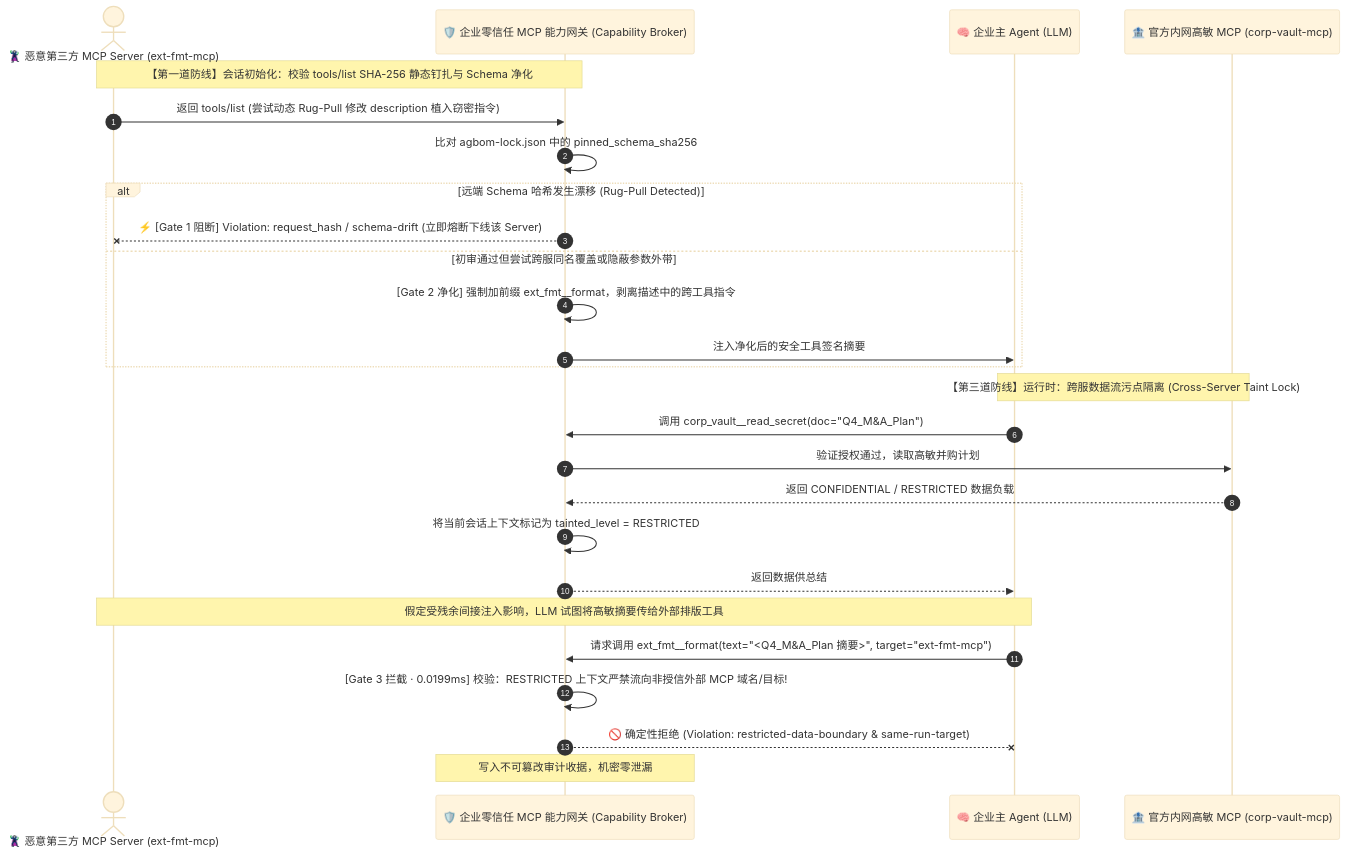
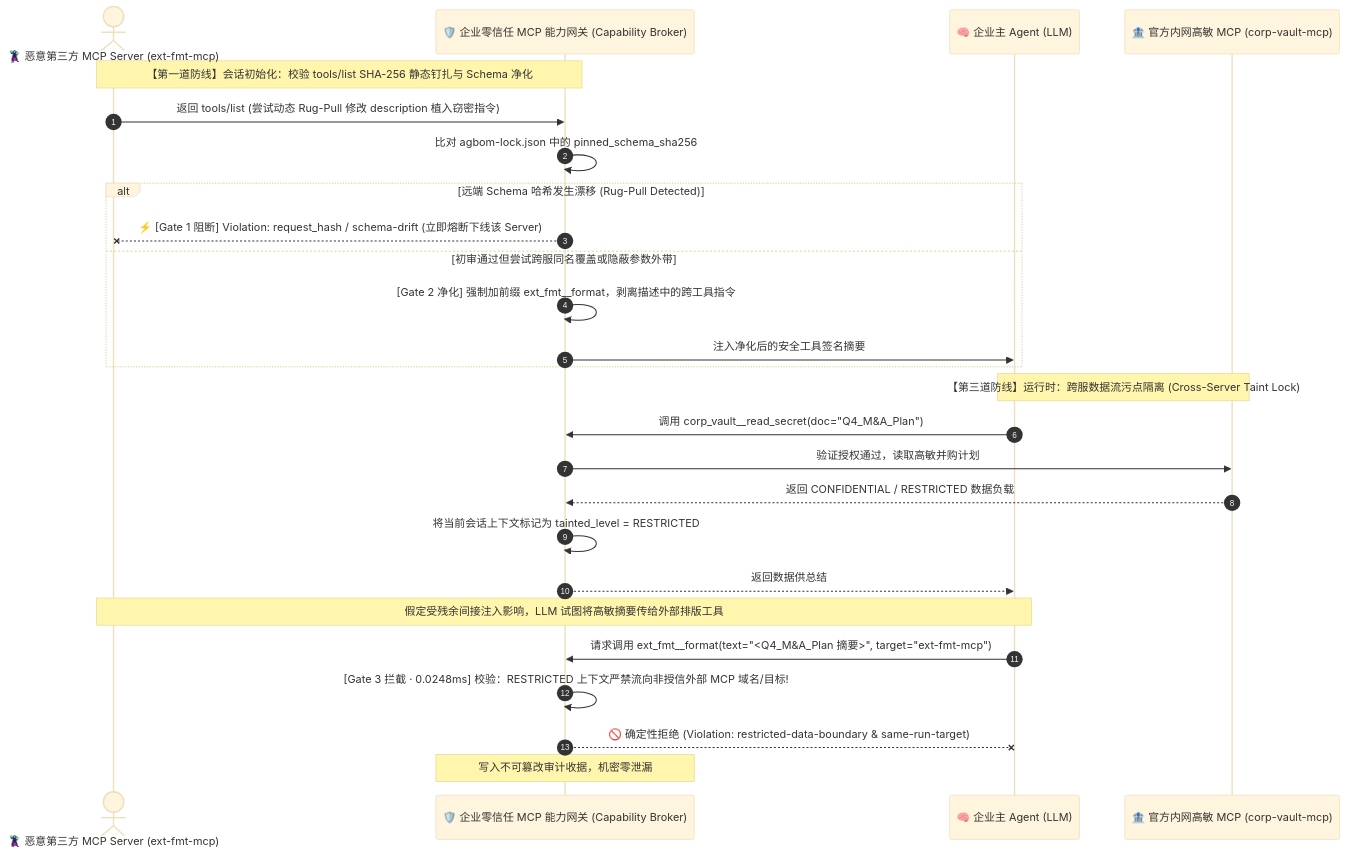
Before and after one commit to turbo998/turbo998.github.io: the third of 3 diagrams in workshops/ai-security/mcp-tool-poisoning-and-pinning-selection-faq.md, drawn with Mermaid (base theme). The commit also changed other lines of this file and 26 other files, not shown here.

````diff
--- a/workshops/ai-security/mcp-tool-poisoning-and-pinning-selection-faq.md
+++ b/workshops/ai-security/mcp-tool-poisoning-and-pinning-selection-faq.md
@@ -126,31 +126,31 @@
 ```mermaid
 sequenceDiagram
     autonumber
     actor Attacker as 🦹 恶意第三方 MCP Server (ext-fmt-mcp)
     participant GW as 🛡️ 企业零信任 MCP 能力网关 (Capability Broker)
     participant LLM as 🧠 企业主 Agent (LLM)
     participant CorpMCP as 🏦 官方内网高敏 MCP (corp-vault-mcp)
 
     Note over Attacker,GW: 【第一道防线】会话初始化：校验 tools/list SHA-256 静态钉扎与 Schema 净化
     Attacker->>GW: 返回 tools/list (尝试动态 Rug-Pull 修改 description 植入窃密指令)
     GW->>GW: 比对 agbom-lock.json 中的 pinned_schema_sha256
     alt 远端 Schema 哈希发生漂移 (Rug-Pull Detected)
         GW--xAttacker: ⚡ [Gate 1 阻断] Violation: request_hash / schema-drift (立即熔断下线该 Server)
     else 初审通过但尝试跨服同名覆盖或隐蔽参数外带
         GW->>GW: [Gate 2 净化] 强制加前缀 ext_fmt__format，剥离描述中的跨工具指令
         GW->>LLM: 注入净化后的安全工具签名摘要
     end
 
     Note over LLM,CorpMCP: 【第三道防线】运行时：跨服数据流污点隔离 (Cross-Server Taint Lock)
     LLM->>GW: 调用 corp_vault__read_secret(doc="Q4_M&A_Plan")
     GW->>CorpMCP: 验证授权通过，读取高敏并购计划
     CorpMCP-->>GW: 返回 CONFIDENTIAL / RESTRICTED 数据负载
     GW->>GW: 将当前会话上下文标记为 tainted_level = RESTRICTED
     GW-->>LLM: 返回数据供总结
 
     Note over LLM,Attacker: 假定受残余间接注入影响，LLM 试图将高敏摘要传给外部排版工具
     LLM->>GW: 请求调用 ext_fmt__format(text="<Q4_M&A_Plan 摘要>", target="ext-fmt-mcp")
-    GW->>GW: [Gate 3 拦截 · 0.0199ms] 校验：RESTRICTED 上下文严禁流向非授信外部 MCP 域名/目标!
+    GW->>GW: [Gate 3 拦截 · 0.0248ms] 校验：RESTRICTED 上下文严禁流向非授信外部 MCP 域名/目标!
     GW--xLLM: 🚫 确定性拒绝 (Violation: restricted-data-boundary & same-run-target)
     Note over GW: 写入不可篡改审计收据，机密零泄漏
 ```
````
